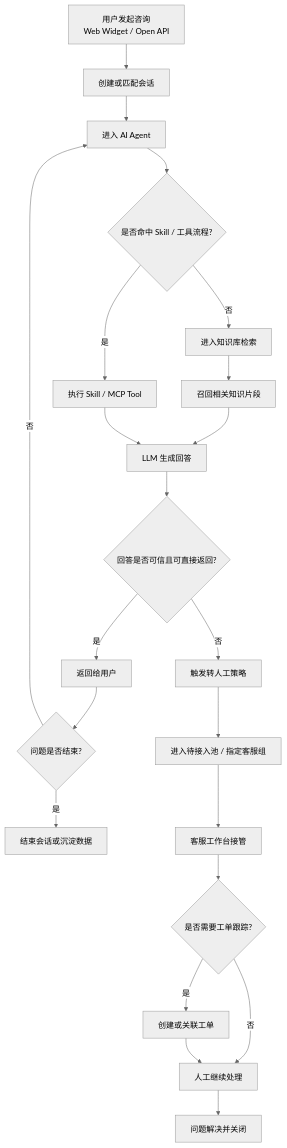
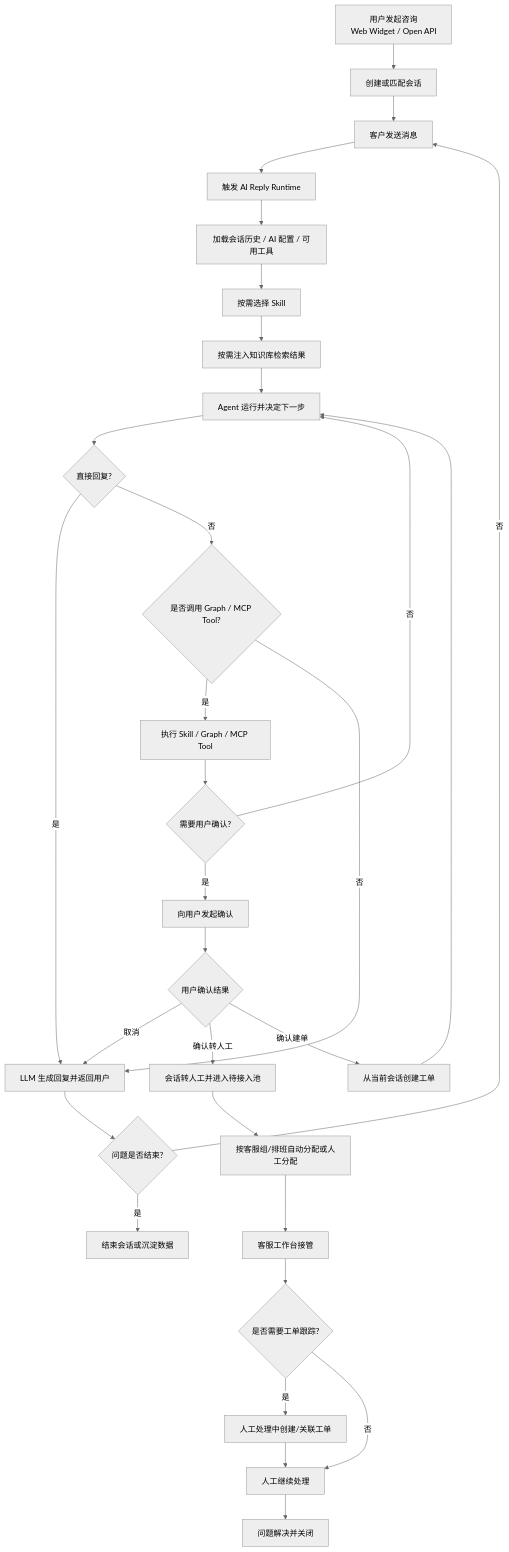
The diagram in README.md (huabeitech/cs-ai-agent), drawn with Mermaid (neutral theme) before and after one commit.

Commit message:
feat: update AI Agent workflow diagram for improved clarity and detail

````diff
--- a/README.md
+++ b/README.md
@@ -27,24 +27,33 @@
 ```mermaid
 flowchart TD
     A[用户发起咨询<br/>Web Widget / Open API] --> B[创建或匹配会话]
-    B --> C[进入 AI Agent]
-    C --> D{是否命中 Skill / 工具流程?}
-    D -- 是 --> E[执行 Skill / MCP Tool]
-    D -- 否 --> F[进入知识库检索]
-    F --> G[召回相关知识片段]
-    G --> H[LLM 生成回答]
-    E --> H
-    H --> I{回答是否可信且可直接返回?}
-    I -- 是 --> J[返回给用户]
+    B --> C[客户发送消息]
+    C --> D[触发 AI Reply Runtime]
+    D --> E[加载会话历史 / AI 配置 / 可用工具]
+    E --> F[按需选择 Skill]
+    F --> G[按需注入知识库检索结果]
+    G --> H[Agent 运行并决定下一步]
+    H --> I{直接回复?}
+    I -- 是 --> J[LLM 生成回复并返回用户]
     J --> K{问题是否结束?}
     K -- 否 --> C
     K -- 是 --> L[结束会话或沉淀数据]
-    I -- 否 --> M[触发转人工策略]
-    M --> N[进入待接入池 / 指定客服组]
-    N --> O[客服工作台接管]
-    O --> P{是否需要工单跟踪?}
-    P -- 是 --> Q[创建或关联工单]
-    P -- 否 --> R[人工继续处理]
-    Q --> R
-    R --> S[问题解决并关闭]
+    I -- 否 --> M{是否调用 Graph / MCP Tool?}
+    M -- 是 --> N[执行 Skill / Graph / MCP Tool]
+    N --> O{需要用户确认?}
+    O -- 否 --> H
+    O -- 是 --> P[向用户发起确认]
+    P --> Q{用户确认结果}
+    Q -- 取消 --> J
+    Q -- 确认转人工 --> R[会话转人工并进入待接入池]
+    R --> S[按客服组/排班自动分配或人工分配]
+    S --> T[客服工作台接管]
+    T --> U{是否需要工单跟踪?}
+    U -- 是 --> V[人工处理中创建/关联工单]
+    U -- 否 --> W[人工继续处理]
+    V --> W
+    W --> X[问题解决并关闭]
+    Q -- 确认建单 --> Y[从当前会话创建工单]
+    Y --> H
+    M -- 否 --> J
 ```
````
